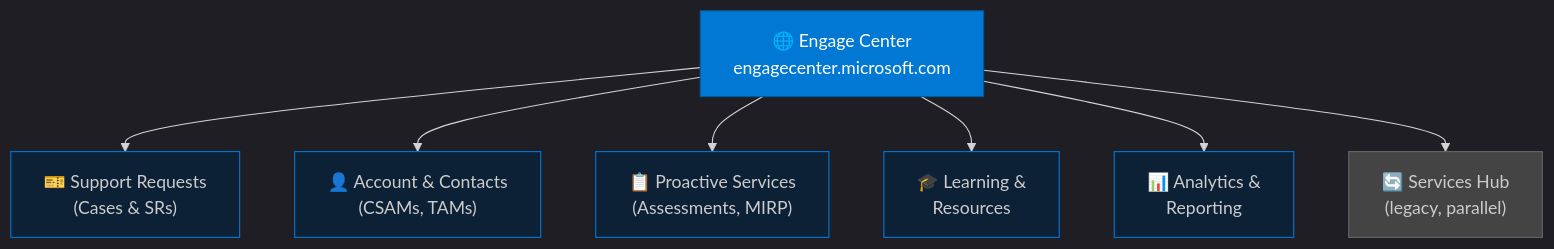
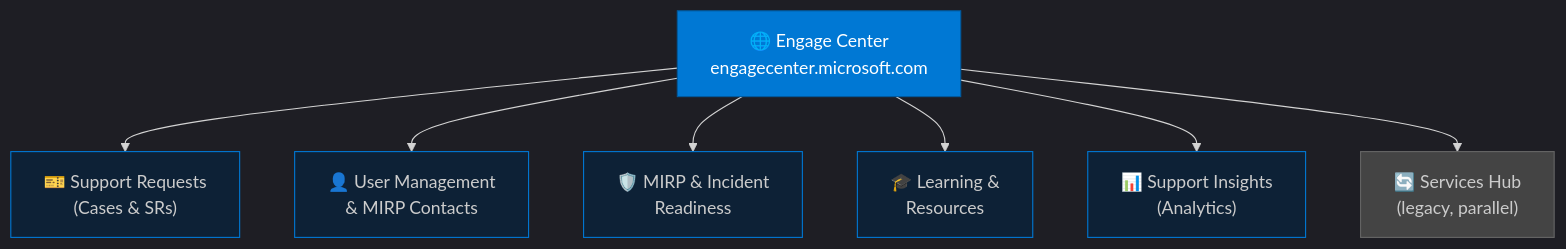
Before and after one commit to marcogrimaldi29/engage-center-notes: the first of 2 diagrams in index.md, drawn with Mermaid. The commit also changed other lines of this file and 7 other files, not shown here.

````diff
--- a/index.md
+++ b/index.md
@@ -40,13 +40,13 @@
 ```mermaid
 %%{init: {"theme":"dark","themeVariables":{"primaryTextColor":"#ffffff","secondaryTextColor":"#e8eaed","nodeBorder":"#0078d4","mainBkg":"#0d2136"}}}%%
 flowchart TD
     EC["🌐 Engage Center\nengagecenter.microsoft.com"]
     EC --> SR["🎫 Support Requests\n(Cases & SRs)"]
-    EC --> PA["👤 Account & Contacts\n(CSAMs, TAMs)"]
-    EC --> PS["📋 Proactive Services\n(Assessments, MIRP)"]
+    EC --> PA["👤 User Management\n& MIRP Contacts"]
+    EC --> PS["🛡️ MIRP & Incident\nReadiness"]
     EC --> LR["🎓 Learning &\nResources"]
-    EC --> AN["📊 Analytics &\nReporting"]
+    EC --> AN["📊 Support Insights\n(Analytics)"]
     EC --> SH["🔄 Services Hub\n(legacy, parallel)"]
     style EC fill:#0078d4,color:#fff,stroke:#005a9e
     style SH fill:#444,color:#ccc,stroke:#666
 ```
````
